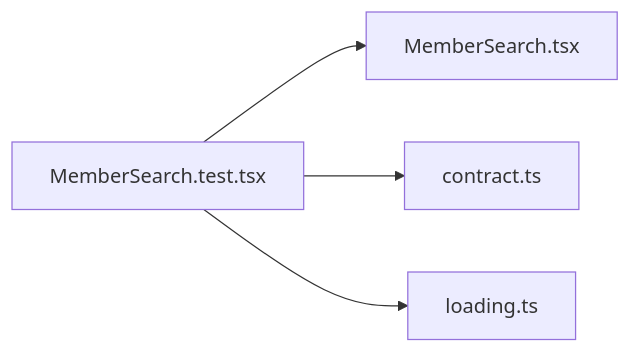
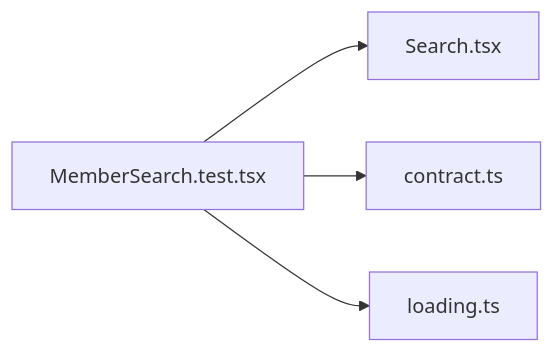
Before and after one commit to minkong-dev/Banblit: the diagram in .cluedoc/graph/frontend/src/components/MemberSearch.test.md, drawn with Mermaid. The commit also changed other lines of this file and 78 other files, not shown here.

Commit message:
frontend: merge single-function files into Board, Profile, Search, controls, loading and pipeline

````diff
--- a/.cluedoc/graph/frontend/src/components/MemberSearch.test.md
+++ b/.cluedoc/graph/frontend/src/components/MemberSearch.test.md
@@ -10,7 +10,7 @@
 ```mermaid
 flowchart LR
   frontend_src_components_MemberSearch_test["MemberSearch.test.tsx"]
-  frontend_src_components_MemberSearch_test --> frontend_src_components_MemberSearch["MemberSearch.tsx"]
+  frontend_src_components_MemberSearch_test --> frontend_src_components_Search["Search.tsx"]
   frontend_src_components_MemberSearch_test --> frontend_src_lib_contract["contract.ts"]
   frontend_src_components_MemberSearch_test --> frontend_src_lib_loading["loading.ts"]
 ```
````
